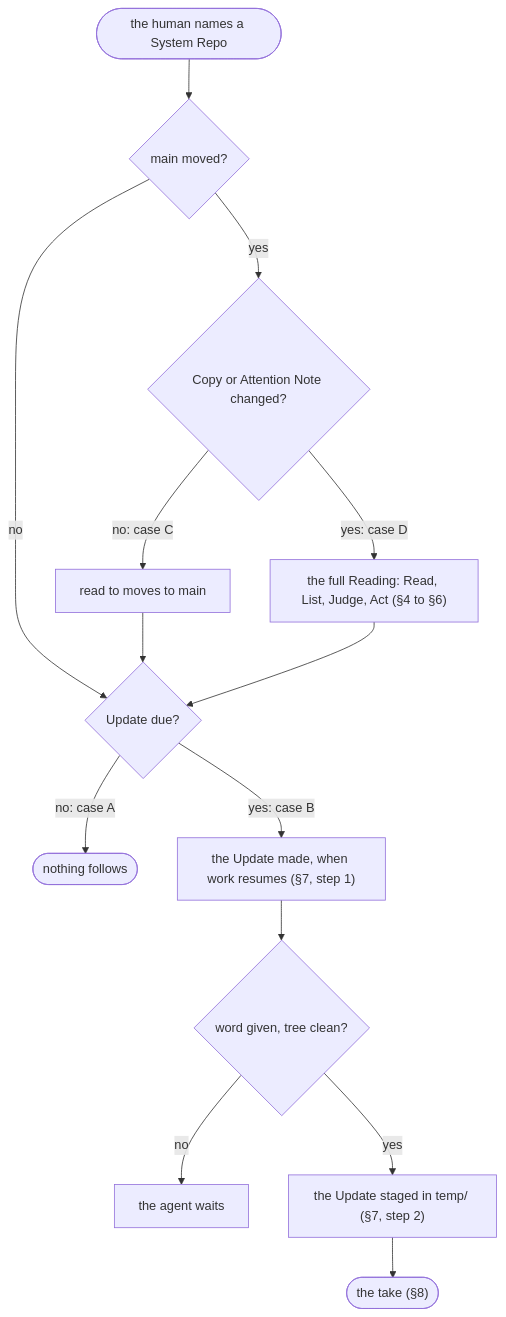
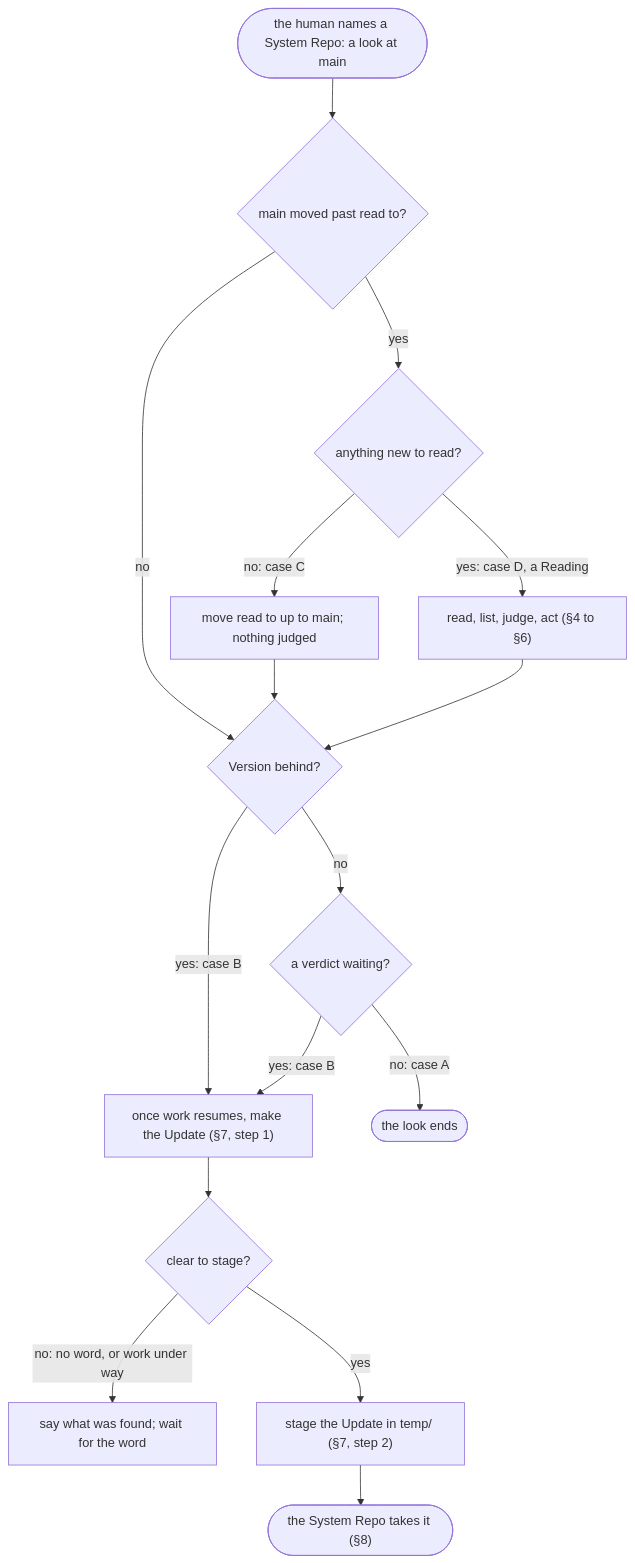
Before and after one commit to edgaras87/correctness-by-construction: the diagram in temp/system-repo-change-flow.md, drawn with Mermaid. The commit also changed other lines of this file, not shown here.

Commit message:
docs: temp's look chart named by what it does
The chart's labels mixed actions, states and fragments, and two
questions left out what they compared. Each box is now an action
and each diamond a plain question. Check 3 is two diamonds, "Version
behind?" and "a verdict waiting?", since either sends an Update.
The section is retitled for the look it shows.

````diff
--- a/temp/system-repo-change-flow.md
+++ b/temp/system-repo-change-flow.md
@@ -215,16 +215,18 @@
 ```mermaid
 flowchart TD
-  start(["the human names a System Repo"]) --> c1{"main moved?"}
-  c1 -- yes --> c2{"Copy or Attention Note changed?"}
+  start(["the human names a System Repo: a look at main"]) --> c1{"main moved past read to?"}
+  c1 -- yes --> c2{"anything new to read?"}
   c1 -- no --> c3
-  c2 -- "no: case C" --> C["read to moves to main"]
-  c2 -- "yes: case D" --> D["the full Reading: Read, List, Judge, Act (§4 to §6)"]
+  c2 -- "no: case C" --> C["move read to up to main; nothing judged"]
+  c2 -- "yes: case D, a Reading" --> D["read, list, judge, act (§4 to §6)"]
   C --> c3
-  D --> c3{"Update due?"}
-  c3 -- "no: case A" --> none(["nothing follows"])
-  c3 -- "yes: case B" --> make["the Update made, when work resumes (§7, step 1)"]
-  make --> ok{"word given, tree clean?"}
-  ok -- no --> wait["the agent waits"]
-  ok -- yes --> stage["the Update staged in temp/ (§7, step 2)"]
-  stage --> take(["the take (§8)"])
+  D --> c3{"Version behind?"}
+  c3 -- "yes: case B" --> make["once work resumes, make the Update (§7, step 1)"]
+  c3 -- no --> v{"a verdict waiting?"}
+  v -- "yes: case B" --> make
+  v -- "no: case A" --> none(["the look ends"])
+  make --> ok{"clear to stage?"}
+  ok -- "no: no word, or work under way" --> wait["say what was found; wait for the word"]
+  ok -- yes --> stage["stage the Update in temp/ (§7, step 2)"]
+  stage --> take(["the System Repo takes it (§8)"])
 ```
````
